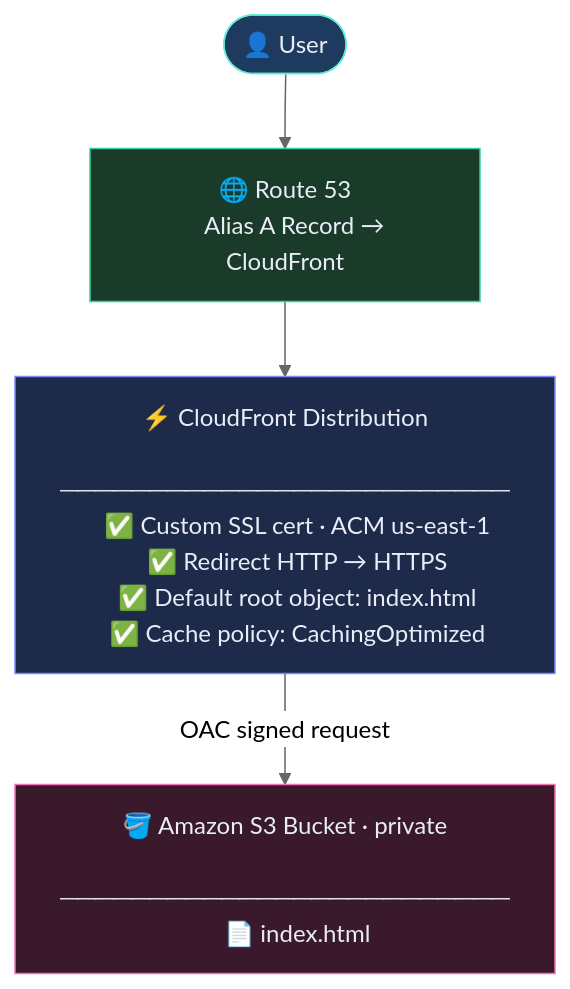
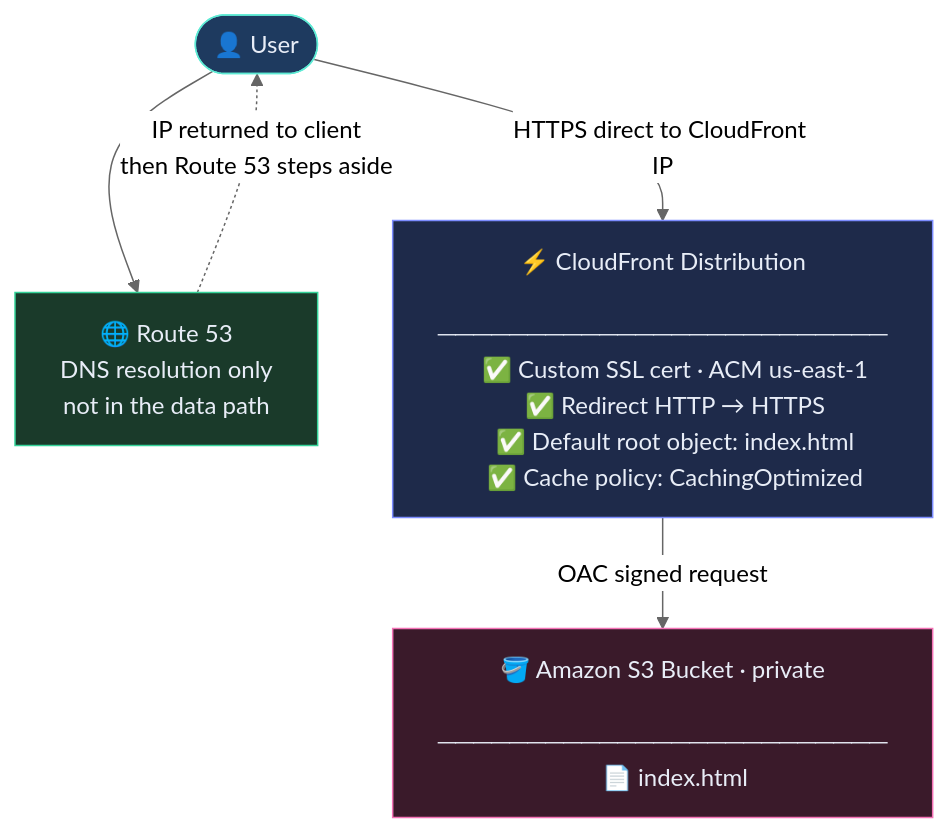
One commit to MohdSamsad/aws-s3-cloudfront-static-website changed the diagram in README.md. Above: the diagram before and after it, drawn with Mermaid (neutral theme). The commit also changed other lines of this file, not shown here.

Commit message:
Update architecture diagram in README.md

````diff
--- a/README.md
+++ b/README.md
@@ -20,27 +19,24 @@
 ```mermaid
 flowchart TD
-    A([👤 User]) --> B
-
-    B["🌐 Route 53
-    Alias A Record → CloudFront"]
-
-    B --> C
-
+    A([👤 User]) --> R
+    R["🌐 Route 53
+    DNS resolution only
+    not in the data path"]
+    R -.->|"IP returned to client\n then Route 53 steps aside"| A
+    A -->|"HTTPS direct to CloudFront IP"| C
     C["⚡ CloudFront Distribution
     ─────────────────────────
     ✅ Custom SSL cert · ACM us-east-1
     ✅ Redirect HTTP → HTTPS
     ✅ Default root object: index.html
     ✅ Cache policy: CachingOptimized"]
-
-    C -->|OAC signed request| D
-
-    D["🪣 Amazon S3 Bucket · private
+    C -->|"OAC signed request"| S
+    S["🪣 Amazon S3 Bucket · private
     ─────────────────────────
     📄 index.html"]
 
     style A fill:#1e3a5f,stroke:#5eead4,color:#e8edf7
-    style B fill:#1a3a2a,stroke:#34d399,color:#e8edf7
+    style R fill:#1a3a2a,stroke:#34d399,color:#e8edf7
     style C fill:#1e2a4a,stroke:#7c8cff,color:#e8edf7
-    style D fill:#3a1a2a,stroke:#f472b6,color:#e8edf7
+    style S fill:#3a1a2a,stroke:#f472b6,color:#e8edf7
 ```
````
